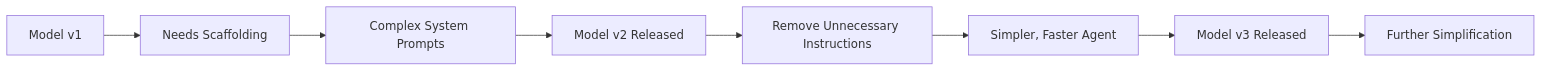
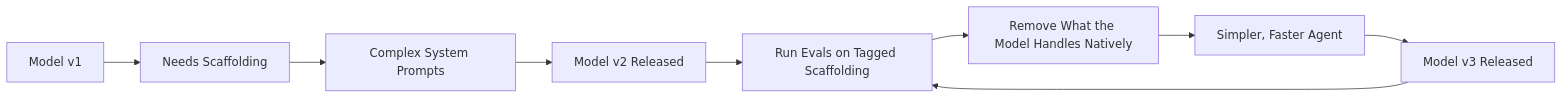
Before and after one commit to nibzard/awesome-agentic-patterns: the diagram in patterns/progressive-autonomy-with-model-evolution.md, drawn with Mermaid. The commit also changed other lines of this file and 820 other files, not shown here.

````diff
--- a/patterns/progressive-autonomy-with-model-evolution.md
+++ b/patterns/progressive-autonomy-with-model-evolution.md
@@ -52,10 +64,11 @@
 ```mermaid
 graph LR
     A[Model v1] --> B[Needs Scaffolding]
     B --> C[Complex System Prompts]
     C --> D[Model v2 Released]
-    D --> E[Remove Unnecessary Instructions]
-    E --> F[Simpler, Faster Agent]
-    F --> G[Model v3 Released]
-    G --> H[Further Simplification]
+    D --> E[Run Evals on Tagged Scaffolding]
+    E --> F[Remove What the Model Handles Natively]
+    F --> G[Simpler, Faster Agent]
+    G --> H[Model v3 Released]
+    H --> E
 ```
````
